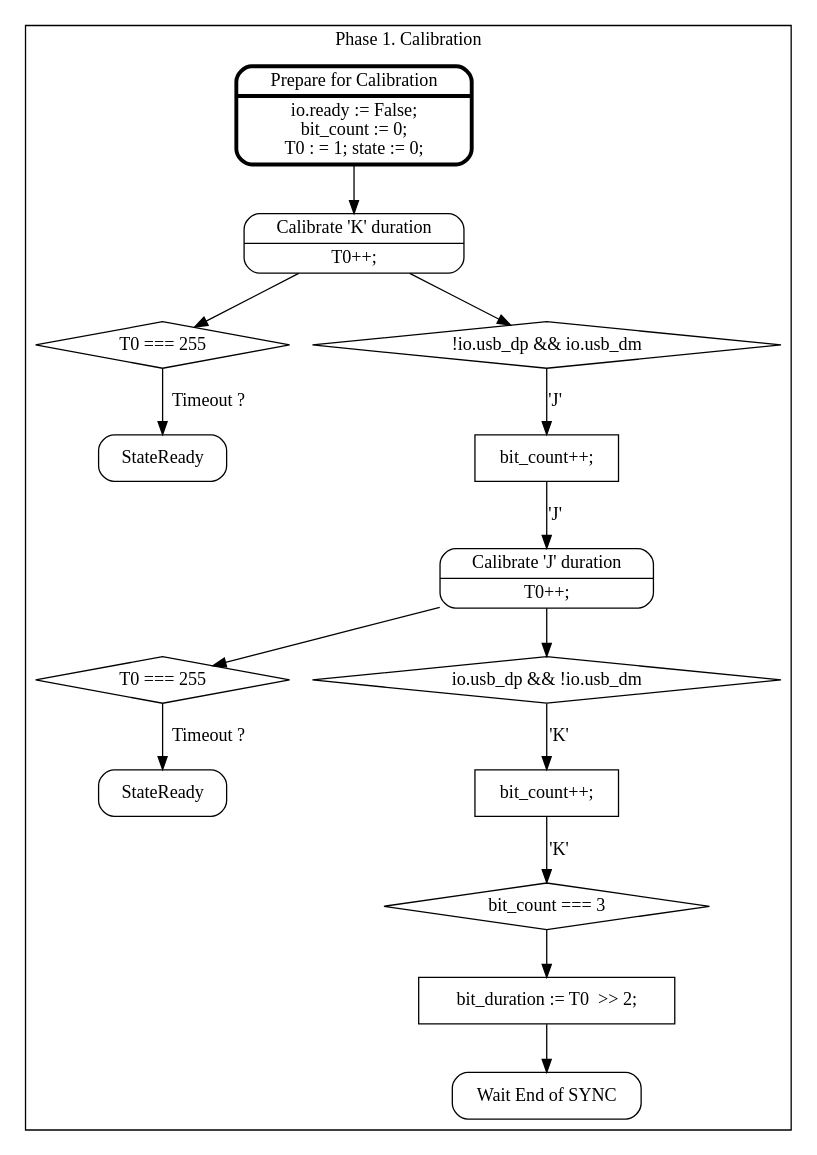
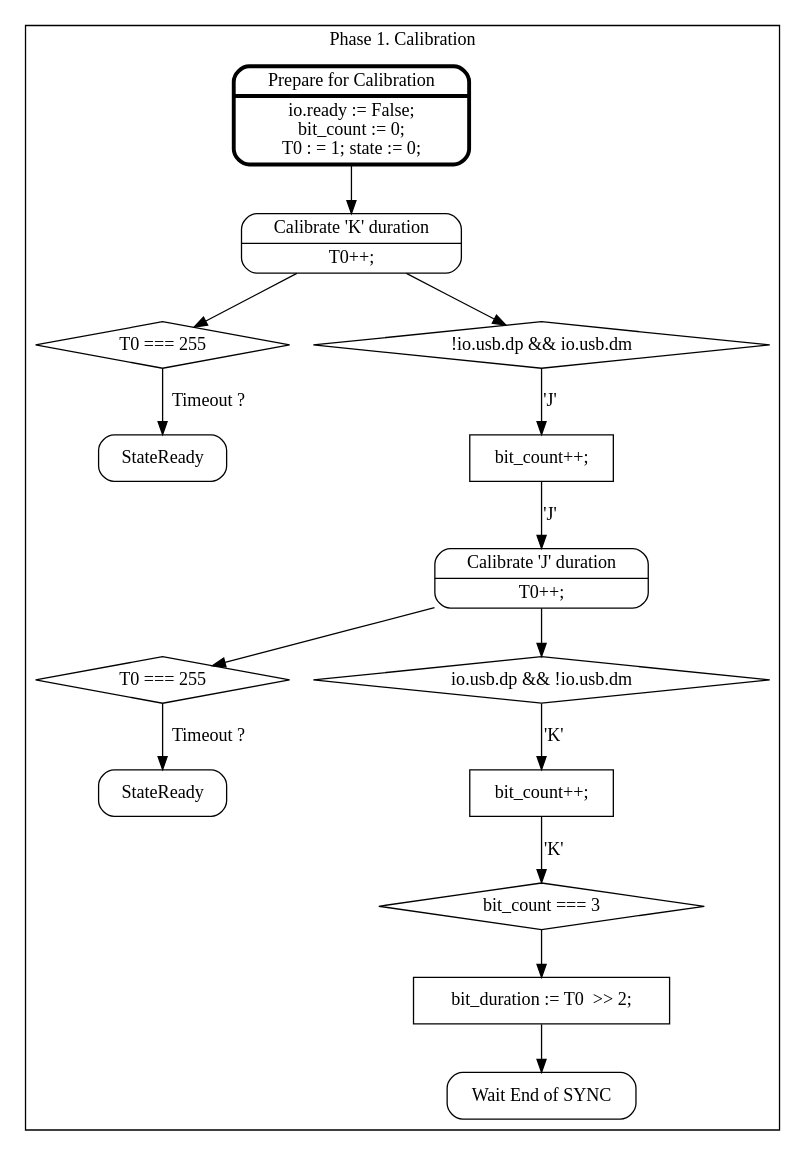
One commit to pointcheck/KarnixSOC changed the diagram in doc/graphs/USB10/USBReceiver1.dot. Above: the diagram before and after it, drawn with Graphviz. The commit also changed 23 other files, not shown here.

Commit message:
USB10: Update FMS diagrams to meat new structure of USBInterface

```diff
--- a/doc/graphs/USB10/USBReceiver1.dot
+++ b/doc/graphs/USB10/USBReceiver1.dot
@@ -1,33 +1,33 @@
 digraph USBReceiver {
 
 	subgraph cluster_1 {
 	
 		label = "Phase 1. Calibration"
 		node [shape=Mrecord]; // Shape of the nodes
 		rankdir=TB; // Layout from top to bottom
 	
 		StatePrepForCal [penwidth=3, label = "{Prepare for Calibration|io.ready := False;\nbit_count := 0;\nT0 : = 1; state := 0;}"];
 	
 		StatePrepForCal-> StateCalibrateK; StateCalibrateK [label = "{Calibrate 'K' duration|T0++;}"];
 	
 		StateCalibrateK -> CalibrateKTimeout_diamond; CalibrateKTimeout_diamond [shape = "diamond", label = "T0 === 255"];
 		CalibrateKTimeout_diamond -> StateReady0[label = "Timeout ?"]; StateReady0[label = "StateReady"];
 	
 	
-		StateCalibrateK -> JReceived_diamond; JReceived_diamond [shape = "diamond", label = "!io.usb_dp && io.usb_dm"];
+		StateCalibrateK -> JReceived_diamond; JReceived_diamond [shape = "diamond", label = "!io.usb.dp && io.usb.dm"];
 	 	JReceived_diamond -> StateCalibrateK_box[label = "'J'"]; StateCalibrateK_box [shape = "box", label = "bit_count++;"];
 		StateCalibrateK_box -> StateCalibrateJ[label = "'J'"]; StateCalibrateJ [label = "{Calibrate 'J' duration|T0++;}"];
 	
 		StateCalibrateJ -> StateCalibrateJTimeout_diamond; StateCalibrateJTimeout_diamond[shape = "diamond", label = "T0 === 255"];
 		StateCalibrateJTimeout_diamond -> StateReady1[label = "Timeout ?"]; StateReady1[label = "StateReady"];
 	
-		StateCalibrateJ -> KReceived_diamond; KReceived_diamond [shape = "diamond", label = "io.usb_dp && !io.usb_dm"];
+		StateCalibrateJ -> KReceived_diamond; KReceived_diamond [shape = "diamond", label = "io.usb.dp && !io.usb.dm"];
 		KReceived_diamond -> StateCalibrateJ_box[label = "'K'"]; StateCalibrateJ_box [shape = "box", label = "bit_count++;"]
 		StateCalibrateJ_box -> StateCalibrateJ_diamond[label = "'K'"]; StateCalibrateJ_diamond [shape = "diamond", label = "bit_count === 3"];
 		StateCalibrateJ_diamond -> StateWaitEndOfSYNC0_box; StateWaitEndOfSYNC0_box[shape = "box", label = "bit_duration := T0  >> 2;"];
 		StateWaitEndOfSYNC0_box -> StateWaitEndOfSYNC0; StateWaitEndOfSYNC0[label = "Wait End of SYNC"];
 		
 		//StateCalibrateJ_diamond -> StateCalibrateK
 	}
 		
 }
```
